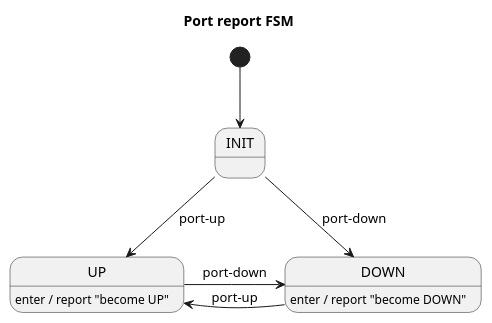
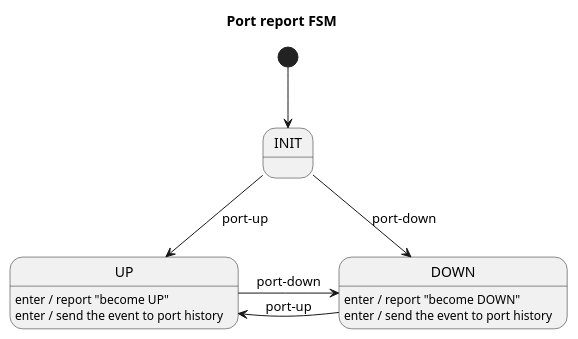
Before and after one commit to telstra/open-kilda: the diagram in docs/design/network-discovery/port-report-FSM.puml, drawn with PlantUML. The commit also changed 13 other files, not shown here.

Commit message:
Port history antiflap stats

```diff
--- a/docs/design/network-discovery/port-report-FSM.puml
+++ b/docs/design/network-discovery/port-report-FSM.puml
@@ -1,15 +1,17 @@
 @startuml
 title Port report FSM
 
 [*] --> INIT
 
 INIT --> UP : port-up
 INIT --> DOWN : port-down
 
 UP -> DOWN : port-down
 UP : enter / report "become UP"
+UP : enter / send the event to port history
 
 DOWN -> UP : port-up
 DOWN : enter / report "become DOWN"
+DOWN : enter / send the event to port history
 
 @enduml
```
